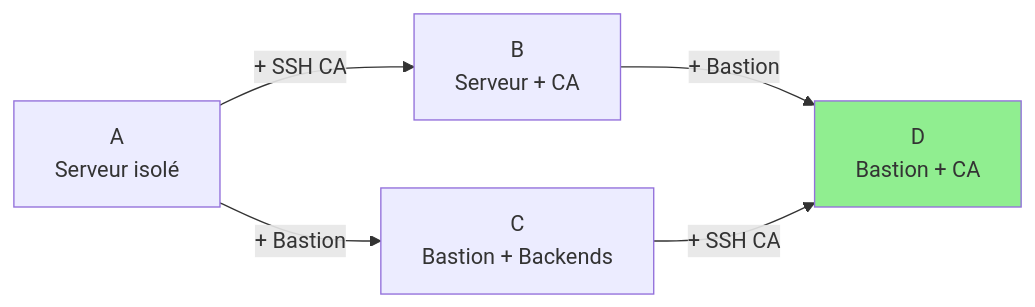
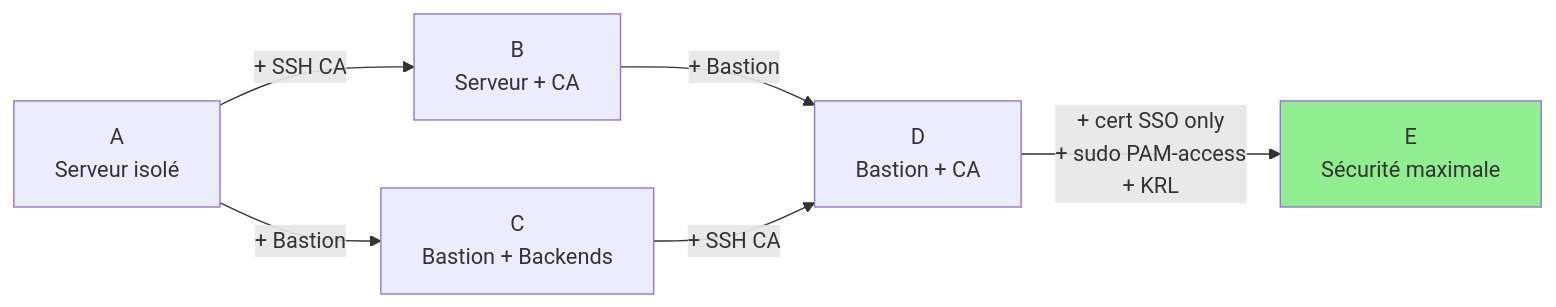
Before and after one commit to linagora/open-bastion: the fifth of 9 diagrams in doc/security/02-ssh-connection.md, drawn with Mermaid. The commit also changed other lines of this file and 13 other files, not shown here.

First line of the commit message:
Add Mode E: maximum security (SSO certs + sudo PAM-access + KRL)

````diff
--- a/doc/security/02-ssh-connection.md
+++ b/doc/security/02-ssh-connection.md
@@ -1108,9 +1109,10 @@
 ```mermaid
 flowchart LR
     A[A<br/>Serveur isolé] -->|+ SSH CA| B[B<br/>Serveur + CA]
     A -->|+ Bastion| C[C<br/>Bastion + Backends]
     B -->|+ Bastion| D[D<br/>Bastion + CA]
     C -->|+ SSH CA| D
+    D -->|+ cert SSO only<br/>+ sudo PAM-access<br/>+ KRL| E[E<br/>Sécurité maximale]
 
-    style D fill:#90EE90
+    style E fill:#90EE90
 ```
````
